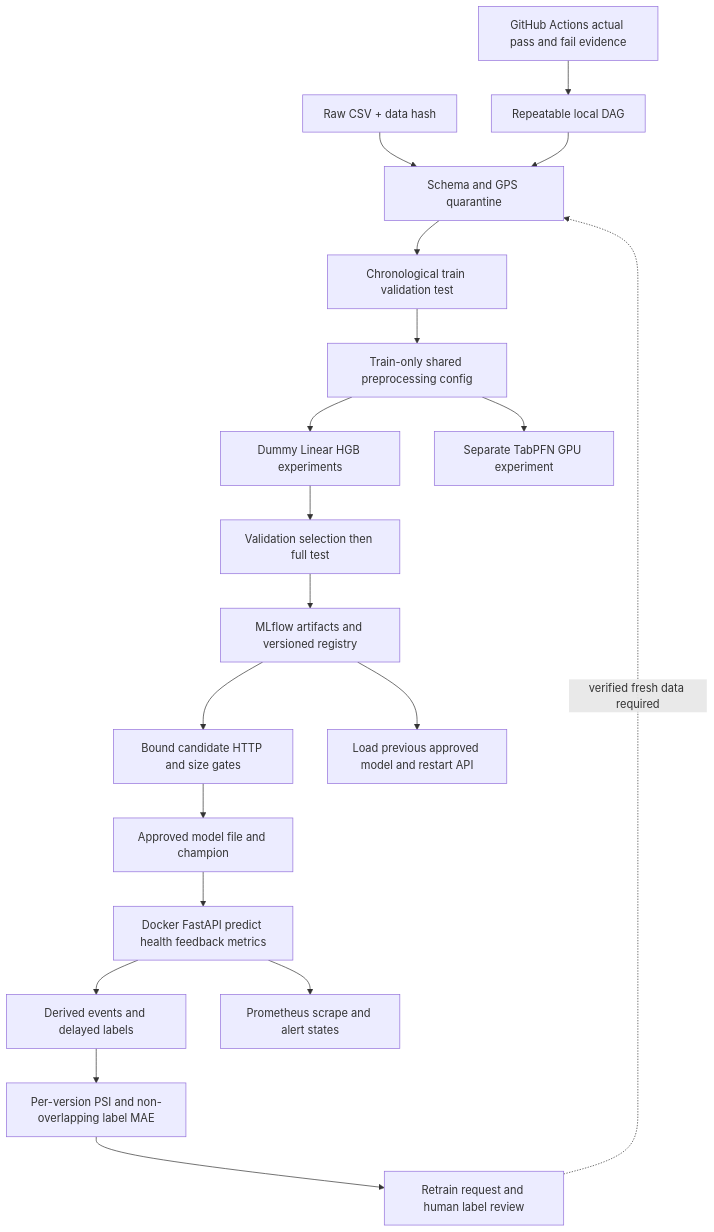
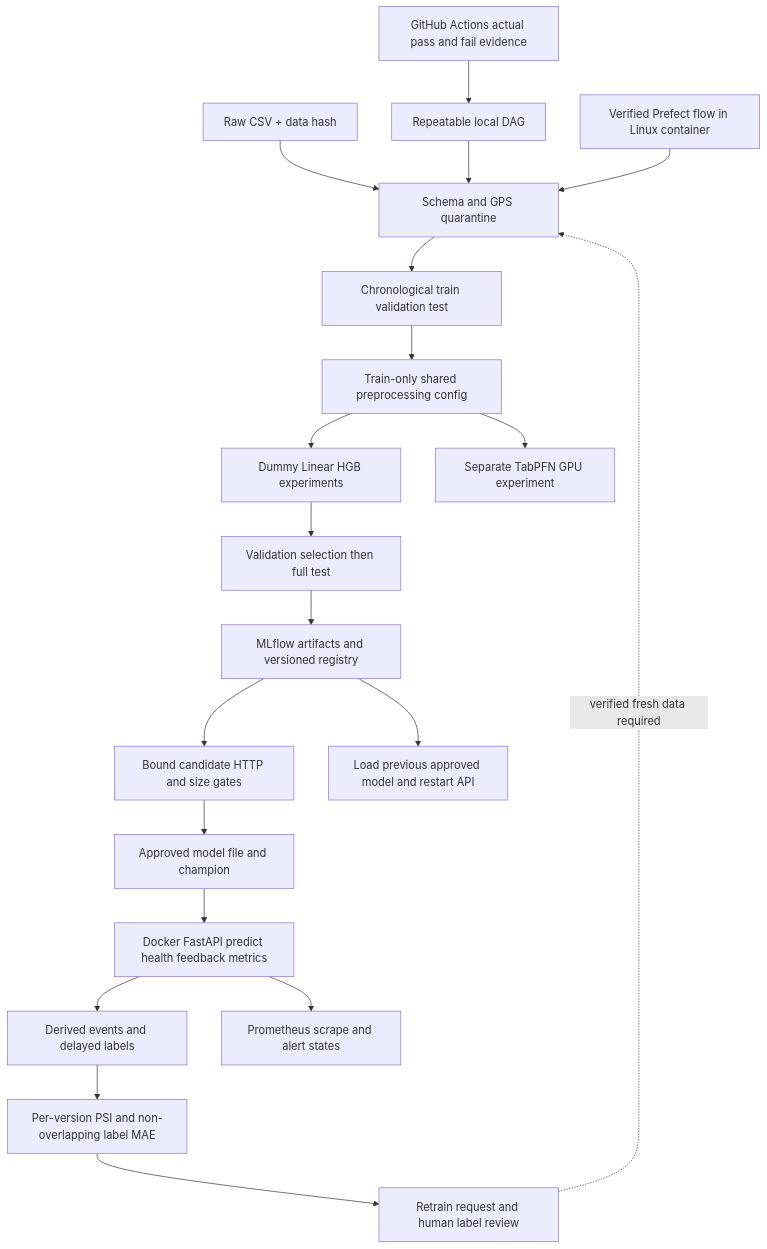
Before and after one commit to ResoKath/MLOPs-KKU-Project: the diagram in REPORT.md, drawn with Mermaid. The commit also changed other lines of this file and 12 other files, not shown here.

Commit message:
Verify Prefect flow with compatible dependencies and guard rollback failures

````diff
--- a/REPORT.md
+++ b/REPORT.md
@@ -107,21 +107,22 @@
 ```mermaid
 flowchart TD
     CSV[Raw CSV + data hash] --> V[Schema and GPS quarantine]
     V --> S[Chronological train validation test]
     S --> P[Train-only shared preprocessing config]
     P --> E[Dummy Linear HGB experiments]
     P --> GPU[Separate TabPFN GPU experiment]
     E --> T[Validation selection then full test]
     T --> M[MLflow artifacts and versioned registry]
     M --> H[Bound candidate HTTP and size gates]
     H --> A[Approved model file and champion]
     A --> API[Docker FastAPI predict health feedback metrics]
     API --> DB[Derived events and delayed labels]
     DB --> MON[Per-version PSI and non-overlapping label MAE]
     API --> PROM[Prometheus scrape and alert states]
     MON --> R[Retrain request and human label review]
     R -. verified fresh data required .-> V
     M --> RB[Load previous approved model and restart API]
     CI[GitHub Actions actual pass and fail evidence] --> DAG[Repeatable local DAG]
     DAG --> V
+    PREFECT[Verified Prefect flow in Linux container] --> V
 ```
````
